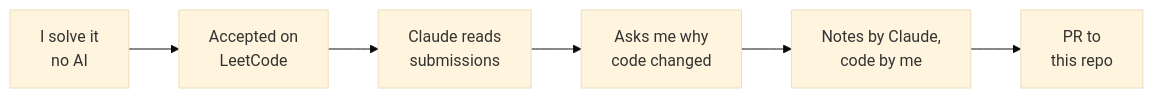
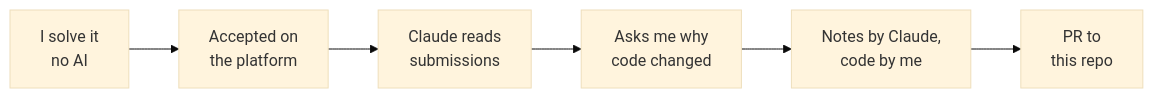
Before and after one commit to bnivibe/bnivibe: the sixth of 9 diagrams in README.md, drawn with Mermaid (base theme). The commit also changed other lines of this file, not shown here.

````diff
--- a/README.md
+++ b/README.md
@@ -120,8 +120,8 @@
 ```mermaid
 flowchart LR
-    S["I solve it<br/>no AI"] --> A["Accepted on<br/>LeetCode"]
+    S["I solve it<br/>no AI"] --> A["Accepted on<br/>the platform"]
     A --> H["Claude reads<br/>submissions"]
     H --> Q["Asks me why<br/>code changed"]
     Q --> N["Notes by Claude,<br/>code by me"]
     N --> P["PR to<br/>this repo"]
 ```
````
